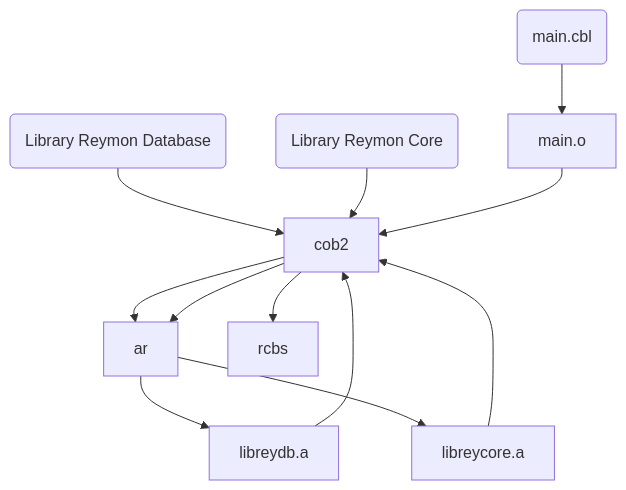
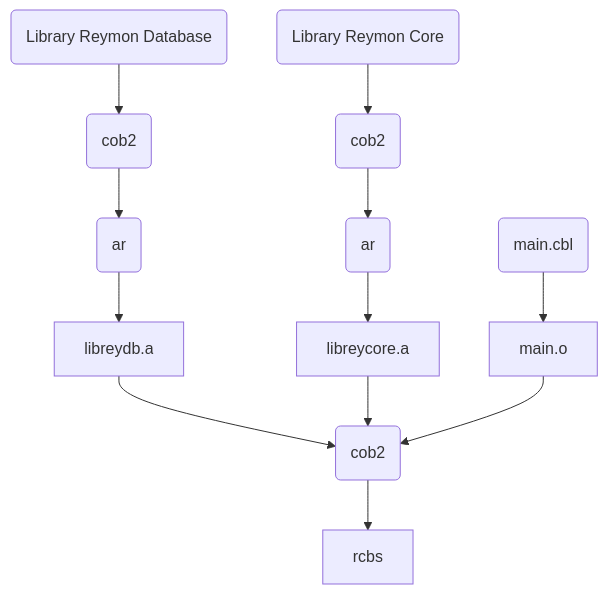
One commit to Reymon-Real/Reymon-Conceptual-Banking-System changed the first of 2 diagrams in README.md. Above: the diagram before and after it, drawn with Mermaid.

````diff
--- a/README.md
+++ b/README.md
@@ -11,14 +11,14 @@
 ```mermaid
 flowchart
 
 db("Library Reymon Database")
 core("Library Reymon Core")
 main("main.cbl")
 
-db --> cob2 --> ar --> libreydb.a
-core --> cob2 --> ar --> libreycore.a
+db --> cob2.1(cob2) --> ar.1(ar) --> libreydb.a
+core --> cob2.2(cob2) --> ar.2(ar) --> libreycore.a
 main --> main.o
 
-libreydb.a & libreycore.a & main.o --> cob2 --> rcbs
+libreydb.a & libreycore.a & main.o --> cob2.3(cob2) --> rcbs
 
 ```
````
